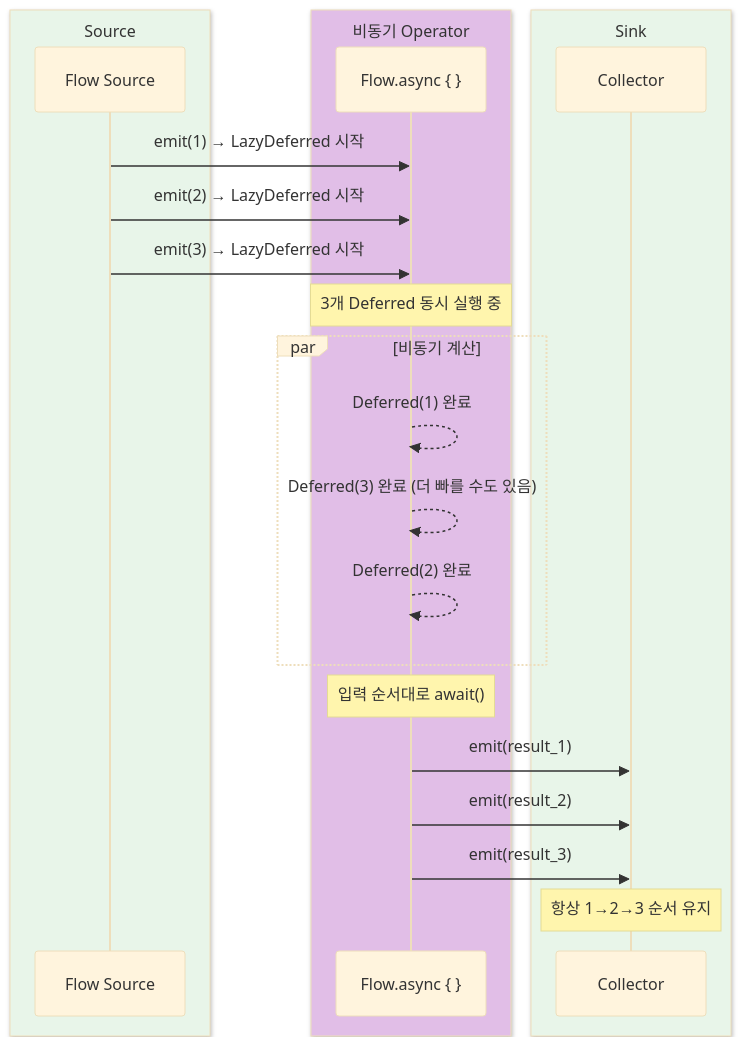
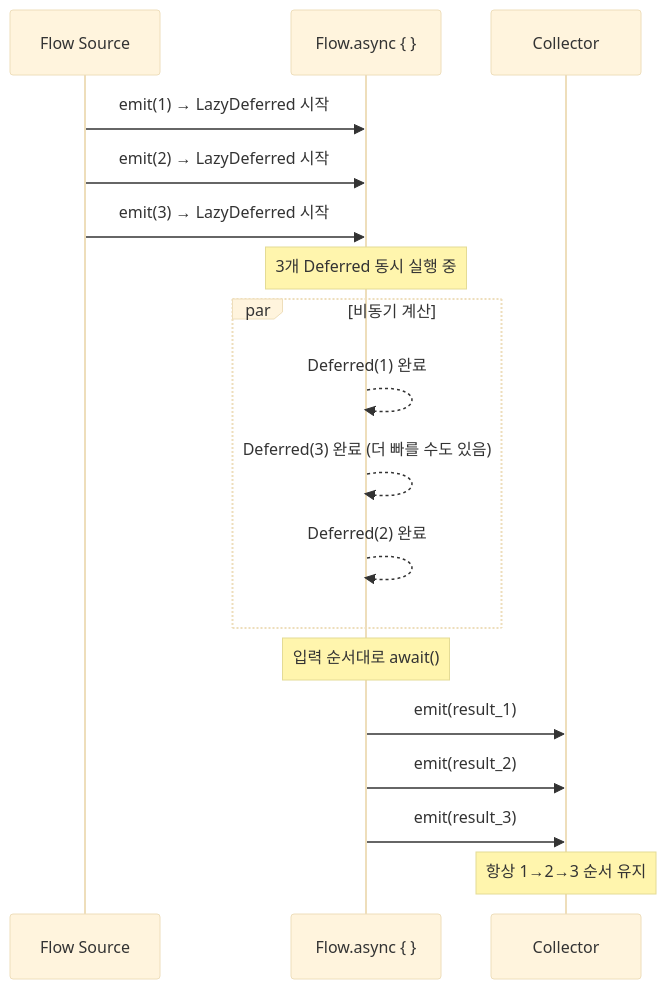
Before and after one commit to bluetape4k/bluetape4k-projects: diagram 16 of 16 in bluetape4k/coroutines/README.ko.md, drawn with Mermaid (base theme). The commit also changed other lines of this file and 219 other files, not shown here.

First line of the commit message:
docs: 전체 README Mermaid 다이어그램 가이드 적용

````diff
--- a/bluetape4k/coroutines/README.ko.md
+++ b/bluetape4k/coroutines/README.ko.md
@@ -722,26 +654,20 @@
 ```mermaid
 sequenceDiagram
-    box rgb(232, 245, 233) Source
         participant S as Flow Source
-    end
-    box rgb(225, 190, 231) 비동기 Operator
         participant AF as Flow.async { }
-    end
-    box rgb(232, 245, 233) Sink
         participant R as Collector
-    end
     S ->> AF: emit(1) → LazyDeferred 시작
     S ->> AF: emit(2) → LazyDeferred 시작
     S ->> AF: emit(3) → LazyDeferred 시작
     Note over AF: 3개 Deferred 동시 실행 중
     par 비동기 계산
         AF -->> AF: Deferred(1) 완료
         AF -->> AF: Deferred(3) 완료 (더 빠를 수도 있음)
         AF -->> AF: Deferred(2) 완료
     end
     Note over AF: 입력 순서대로 await()
     AF ->> R: emit(result_1)
     AF ->> R: emit(result_2)
     AF ->> R: emit(result_3)
     Note over R: 항상 1→2→3 순서 유지
 ```
````
